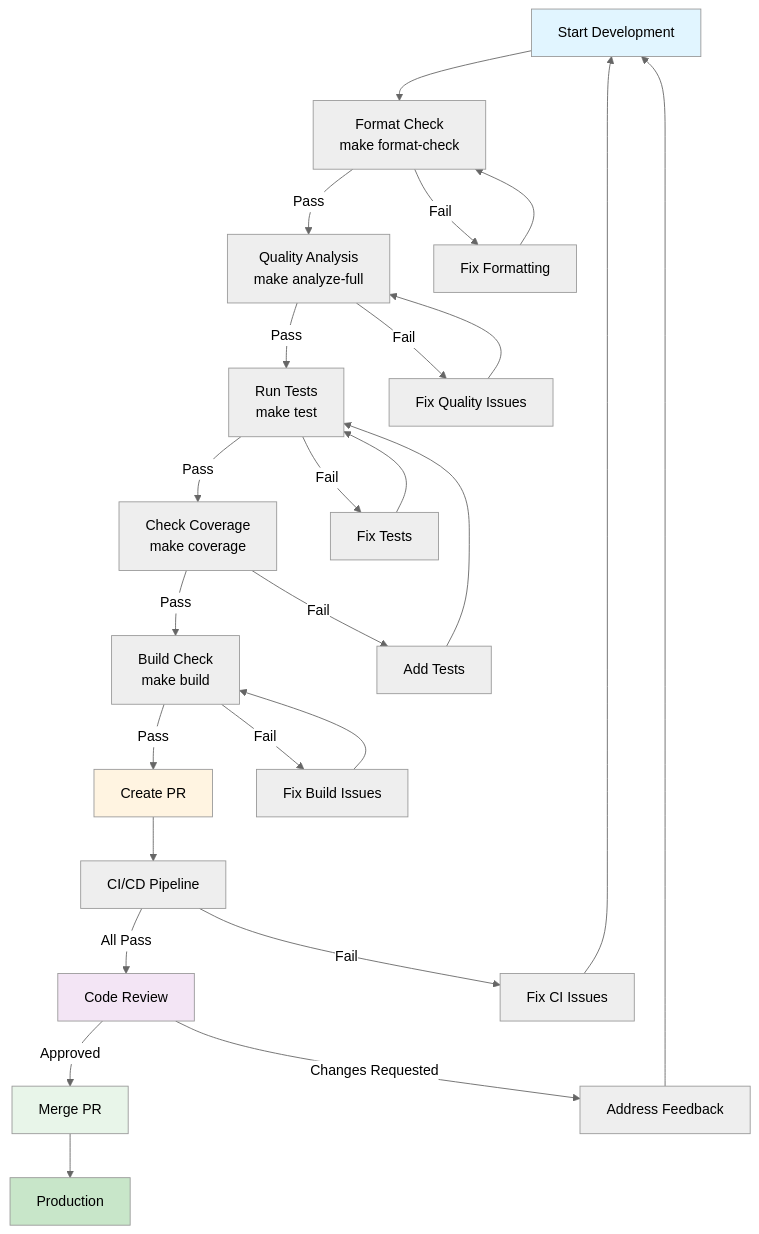
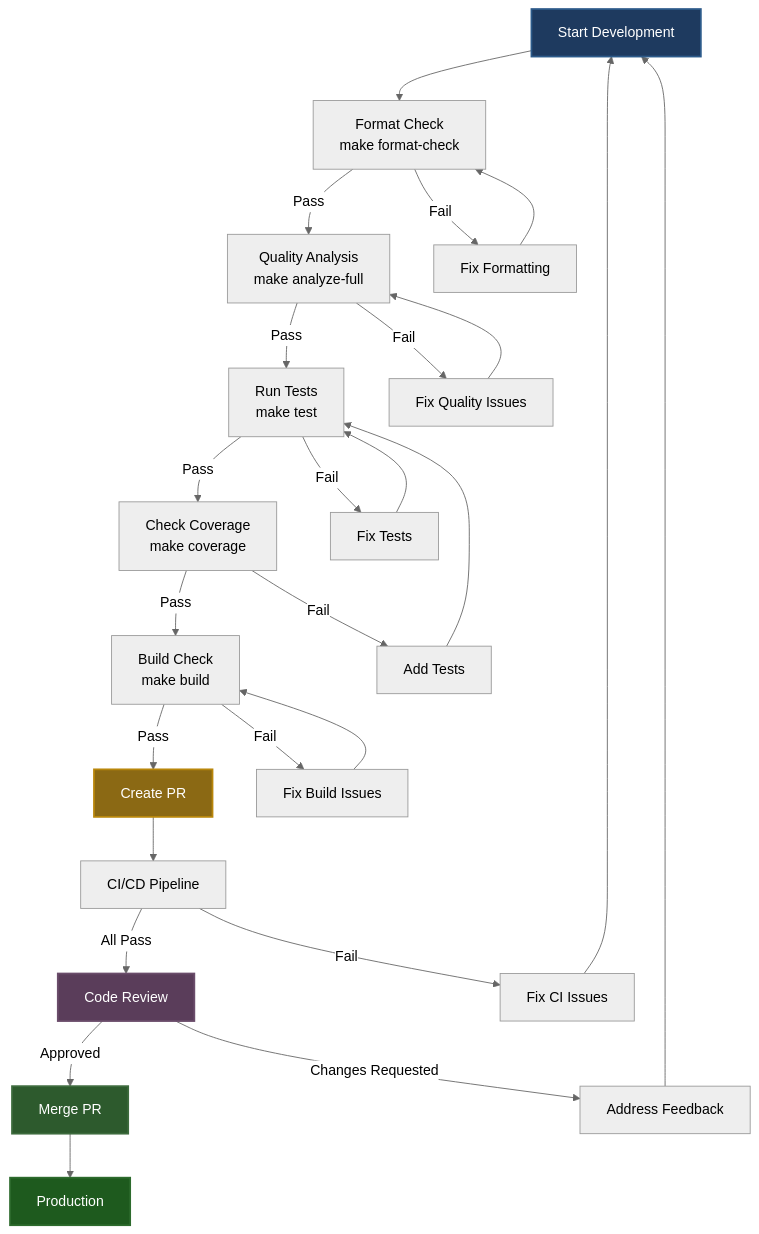
One commit to sovavibe/start changed the fourth of 10 diagrams in docs/development/SDLC.md. Above: the diagram before and after it, drawn with Mermaid (neutral theme). The commit also changed other lines of this file and 37 other files, not shown here.

````diff
--- a/docs/development/SDLC.md
+++ b/docs/development/SDLC.md
@@ -654,40 +654,40 @@
 ```mermaid
 graph TD
     Start[Start Development] --> Format[Format Check<br/>make format-check]
     Format -->|Pass| Quality[Quality Analysis<br/>make analyze-full]
     Format -->|Fail| FixFormat[Fix Formatting]
     FixFormat --> Format
     
     Quality -->|Pass| Tests[Run Tests<br/>make test]
     Quality -->|Fail| FixQuality[Fix Quality Issues]
     FixQuality --> Quality
     
     Tests -->|Pass| Coverage[Check Coverage<br/>make coverage]
     Tests -->|Fail| FixTests[Fix Tests]
     FixTests --> Tests
     
     Coverage -->|Pass| Build[Build Check<br/>make build]
     Coverage -->|Fail| AddTests[Add Tests]
     AddTests --> Tests
     
     Build -->|Pass| PR[Create PR]
     Build -->|Fail| FixBuild[Fix Build Issues]
     FixBuild --> Build
     
     PR --> CI[CI/CD Pipeline]
     CI -->|All Pass| Review[Code Review]
     CI -->|Fail| FixCI[Fix CI Issues]
     FixCI --> Start
     
     Review -->|Approved| Merge[Merge PR]
     Review -->|Changes Requested| FixReview[Address Feedback]
     FixReview --> Start
     
     Merge --> Production[Production]
     
-    style Start fill:#e1f5ff
-    style PR fill:#fff4e1
-    style Review fill:#f3e5f5
-    style Merge fill:#e8f5e9
-    style Production fill:#c8e6c9
+    style Start fill:#1e3a5f,stroke:#2c5a8a,stroke-width:2px,color:#fff
+    style PR fill:#8b6914,stroke:#b8860b,stroke-width:2px,color:#fff
+    style Review fill:#5a3d5a,stroke:#6b4d6b,stroke-width:2px,color:#fff
+    style Merge fill:#2d5a2d,stroke:#3d6b3d,stroke-width:2px,color:#fff
+    style Production fill:#1e5a1e,stroke:#2d6b2d,stroke-width:2px,color:#fff
 ```
````
